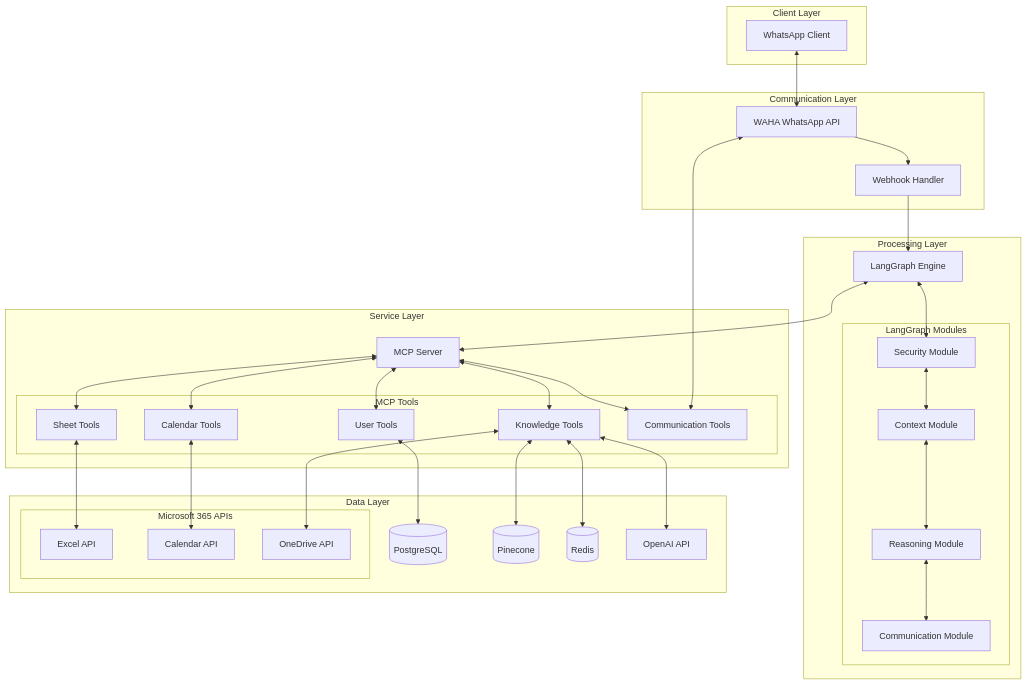
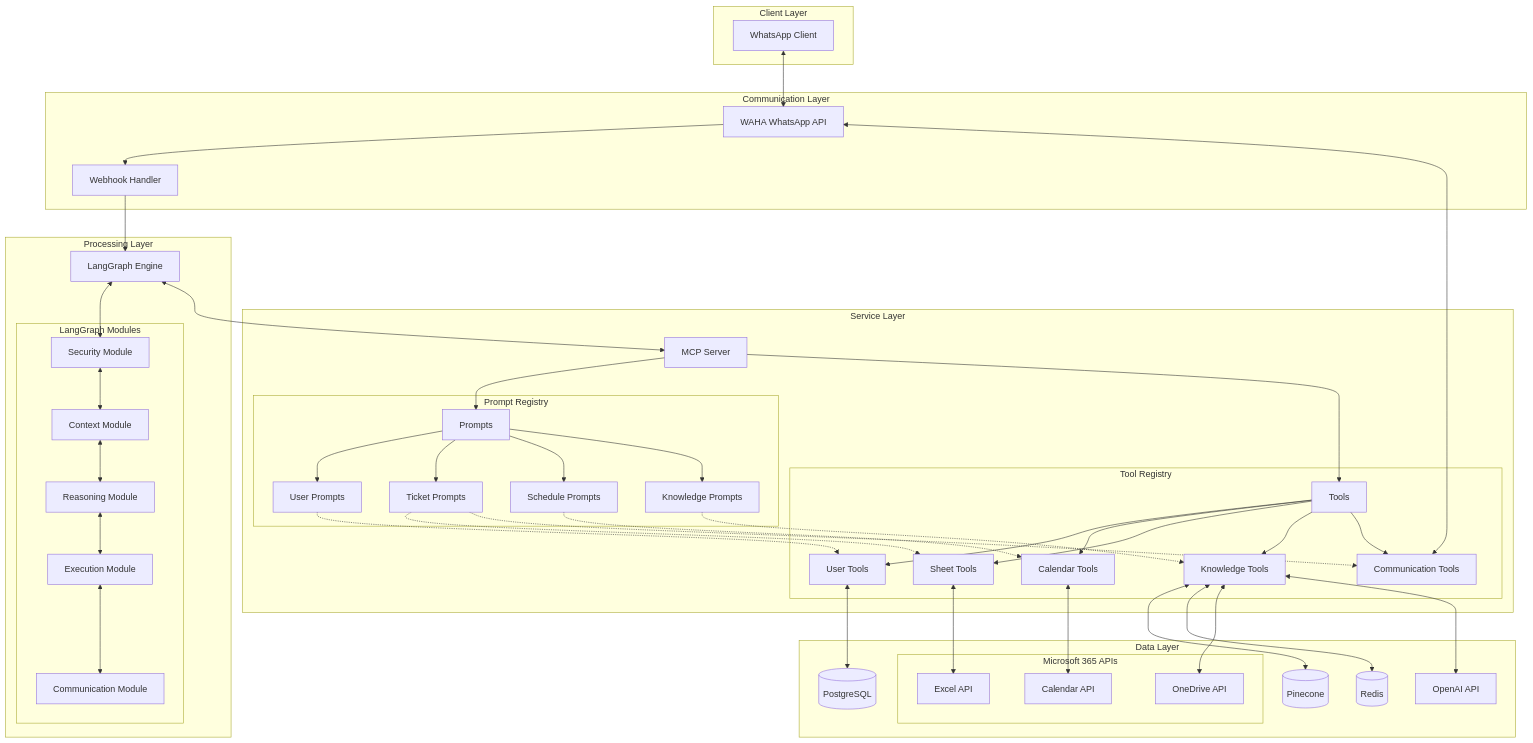
One commit to mcholismalik/aiva-eng-spec changed the first of 9 diagrams in readme.md. Above: the diagram before and after it, drawn with Mermaid. The commit also changed other lines of this file, not shown here.

Commit message:
update spec add mcp prompts as plug for langgraph with HITL mode, langgraph should include execution node for hitl handling

```diff
--- a/readme.md
+++ b/readme.md
@@ -138,13 +144,22 @@
             SEC[Security Module]
             CTX[Context Module]
             RSN[Reasoning Module]
+            EXE[Execution Module]
             COM[Communication Module]
         end
     end
     
     subgraph "Service Layer"
         MCP[MCP Server]
-        subgraph "MCP Tools"
+        subgraph "Prompt Registry"
+            PR[Prompts]
+            UP[User Prompts]
+            TP[Ticket Prompts]
+            SP[Schedule Prompts]
+            KP[Knowledge Prompts]
+        end
+        subgraph "Tool Registry"
+            TR[Tools]
             UT[User Tools]
             CT[Calendar Tools]
             ST[Sheet Tools]
@@ -171,13 +186,30 @@
     LG <--> SEC
     SEC <--> CTX
     CTX <--> RSN
-    RSN <--> COM
+    RSN <--> EXE
+    EXE <--> COM
+    
     LG <--> MCP
-    MCP <--> UT
-    MCP <--> CT
-    MCP <--> ST
-    MCP <--> KT
-    MCP <--> CMT
+    MCP --> PR
+    MCP --> TR
+    
+    PR --> UP
+    PR --> TP
+    PR --> SP
+    PR --> KP
+    
+    TR --> UT
+    TR --> CT
+    TR --> ST
+    TR --> KT
+    TR --> CMT
+    
+    UP -.-> UT
+    TP -.-> ST
+    TP -.-> CMT
+    SP -.-> CT
+    KP -.-> KT
+    
     UT <--> PG
     CT <--> CAL
     ST <--> EXL
```
